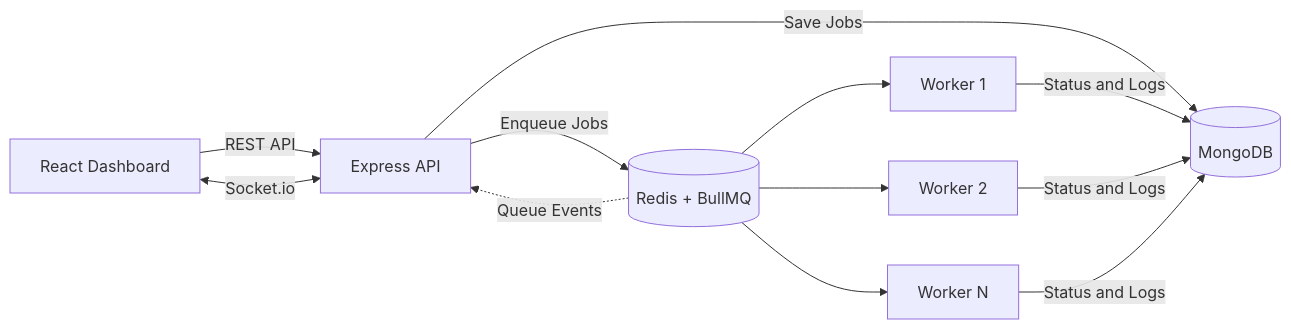
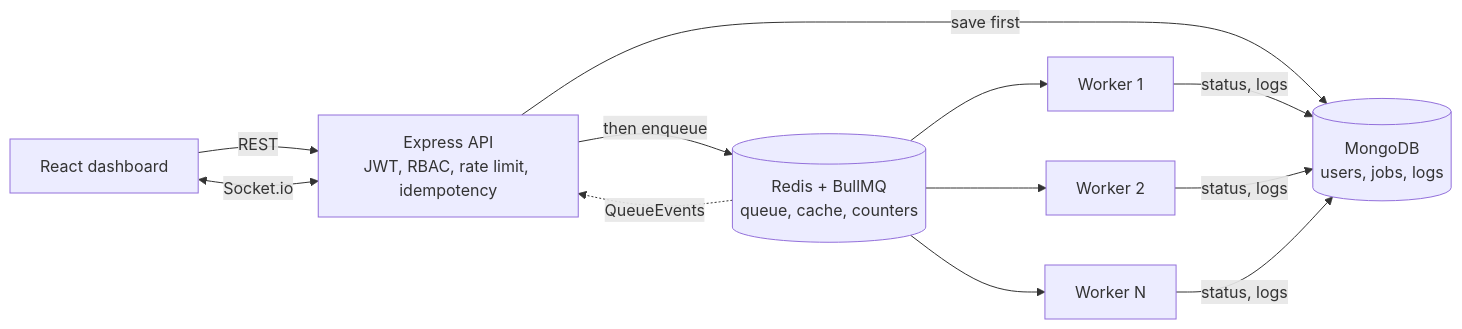
Before and after one commit to Aanyaverma011/Orchestra: the diagram in README.md, drawn with Mermaid. The commit also changed other lines of this file and 47 other files, not shown here.

````diff
--- a/README.md
+++ b/README.md
@@ -140,18 +50,12 @@
 ```mermaid
 flowchart LR
-    UI[React Dashboard] -->|REST API| API[Express API]
-    UI <-->|Socket.io| API
-
-    API -->|Save Jobs| DB[(MongoDB)]
-    API -->|Enqueue Jobs| Q[(Redis + BullMQ)]
-
-    Q --> W1[Worker 1]
-    Q --> W2[Worker 2]
-    Q --> WN[Worker N]
-
-    W1 -->|Status and Logs| DB
-    W2 -->|Status and Logs| DB
-    WN -->|Status and Logs| DB
-
-    Q -. Queue Events .-> API
+  UI[React dashboard] -- REST --> API[Express API<br/>JWT, RBAC, rate limit, idempotency]
+  UI <-- Socket.io --> API
+  API -- save first --> DB[(MongoDB<br/>users, jobs, logs)]
+  API -- then enqueue --> Q[(Redis + BullMQ<br/>queue, cache, counters)]
+  Q --> W1[Worker 1]
+  Q --> W2[Worker 2]
+  Q --> WN[Worker N]
+  W1 & W2 & WN -- status, logs --> DB
+  Q -. QueueEvents .-> API
 ```
````
